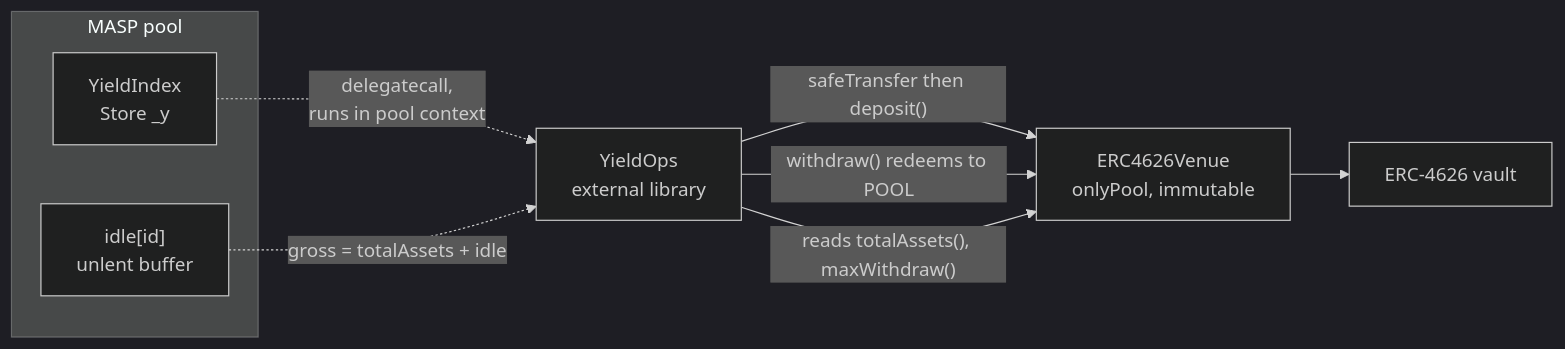
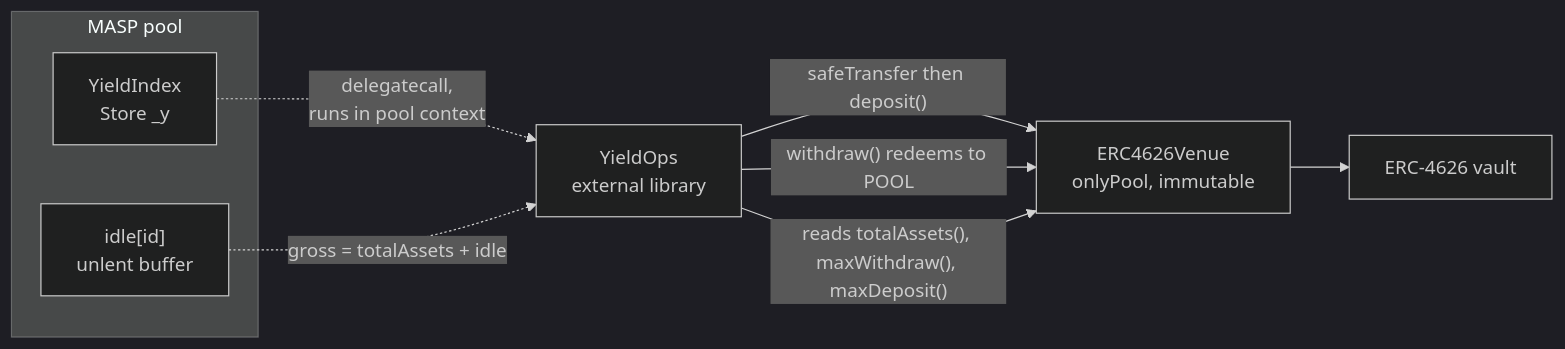
One commit to lelantos-org/contracts changed the tenth of 12 diagrams in src/README.md. Above: the diagram before and after it, drawn with Mermaid (dark theme). The commit also changed other lines of this file and 275 other files, not shown here.

````diff
--- a/src/README.md
+++ b/src/README.md
@@ -507,17 +554,17 @@
 ```mermaid
 flowchart LR
   subgraph POOL["MASP pool"]
     Y["YieldIndex<br/>Store _y"]
     I["idle[id]<br/>unlent buffer"]
   end
   O["YieldOps<br/>external library"]
   V["ERC4626Venue<br/>onlyPool, immutable"]
   VA["ERC-4626 vault"]
 
   Y -.->|"delegatecall,<br/>runs in pool context"| O
   O -->|"safeTransfer then deposit()"| V
   O -->|"withdraw() redeems to POOL"| V
-  O -->|"reads totalAssets(), maxWithdraw()"| V
+  O -->|"reads totalAssets(), maxWithdraw(), maxDeposit()"| V
   V --> VA
   I -.->|"gross = totalAssets + idle"| O
 ```
````
